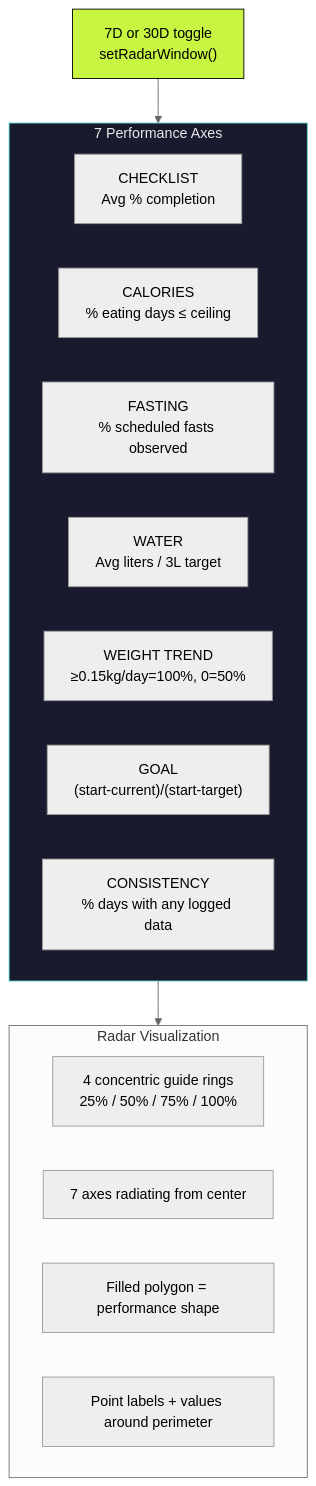
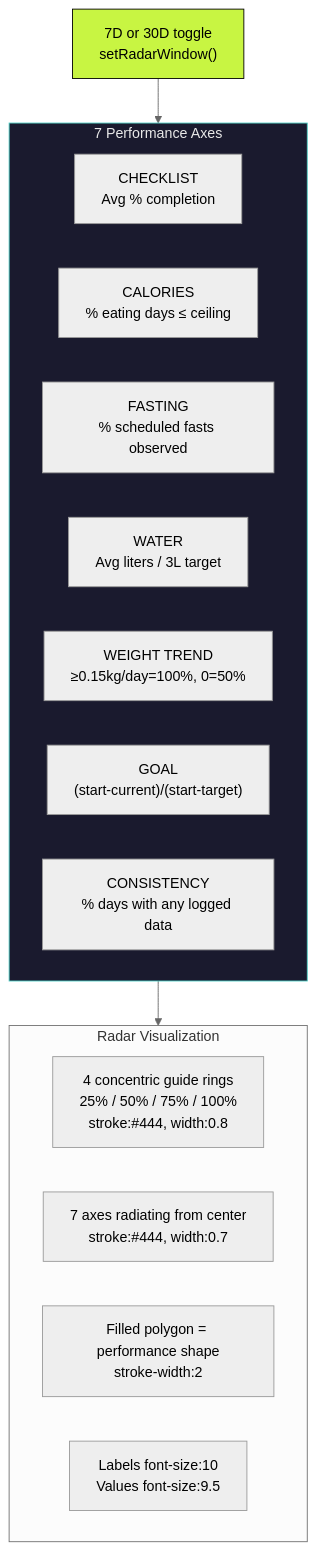
Before and after one commit to HIRAKHANJI/protocol-health: diagram 14 of 19 in ARCHITECTURE.md, drawn with Mermaid (neutral theme). The commit also changed other lines of this file and 1 other file, not shown here.

````diff
--- a/ARCHITECTURE.md
+++ b/ARCHITECTURE.md
@@ -637,26 +659,26 @@
 ```mermaid
 flowchart TD
     WINDOW["7D or 30D toggle<br/>setRadarWindow()"] --> COMPUTE["computeRadarMetrics(days)"]
 
     subgraph COMPUTE["7 Performance Axes"]
         AX1["CHECKLIST<br/>Avg % completion"]
         AX2["CALORIES<br/>% eating days ≤ ceiling"]
         AX3["FASTING<br/>% scheduled fasts observed"]
         AX4["WATER<br/>Avg liters / 3L target"]
         AX5["WEIGHT TREND<br/>≥0.15kg/day=100%, 0=50%"]
         AX6["GOAL<br/>(start-current)/(start-target)"]
         AX7["CONSISTENCY<br/>% days with any logged data"]
     end
 
     COMPUTE --> SVG["renderRadar()<br/>SVG spider chart"]
 
     subgraph SVG["Radar Visualization"]
-        R1["4 concentric guide rings<br/>25% / 50% / 75% / 100%"]
-        R2["7 axes radiating from center"]
-        R3["Filled polygon = performance shape"]
-        R4["Point labels + values around perimeter"]
+        R1["4 concentric guide rings<br/>25% / 50% / 75% / 100%<br/>stroke:#444, width:0.8"]
+        R2["7 axes radiating from center<br/>stroke:#444, width:0.7"]
+        R3["Filled polygon = performance shape<br/>stroke-width:2"]
+        R4["Labels font-size:10<br/>Values font-size:9.5"]
     end
 
     style WINDOW fill:#c8f542,stroke:#000,color:#000
     style COMPUTE fill:#1a1a2e,stroke:#4ecdc4,color:#e8e8e8
 ```
````
